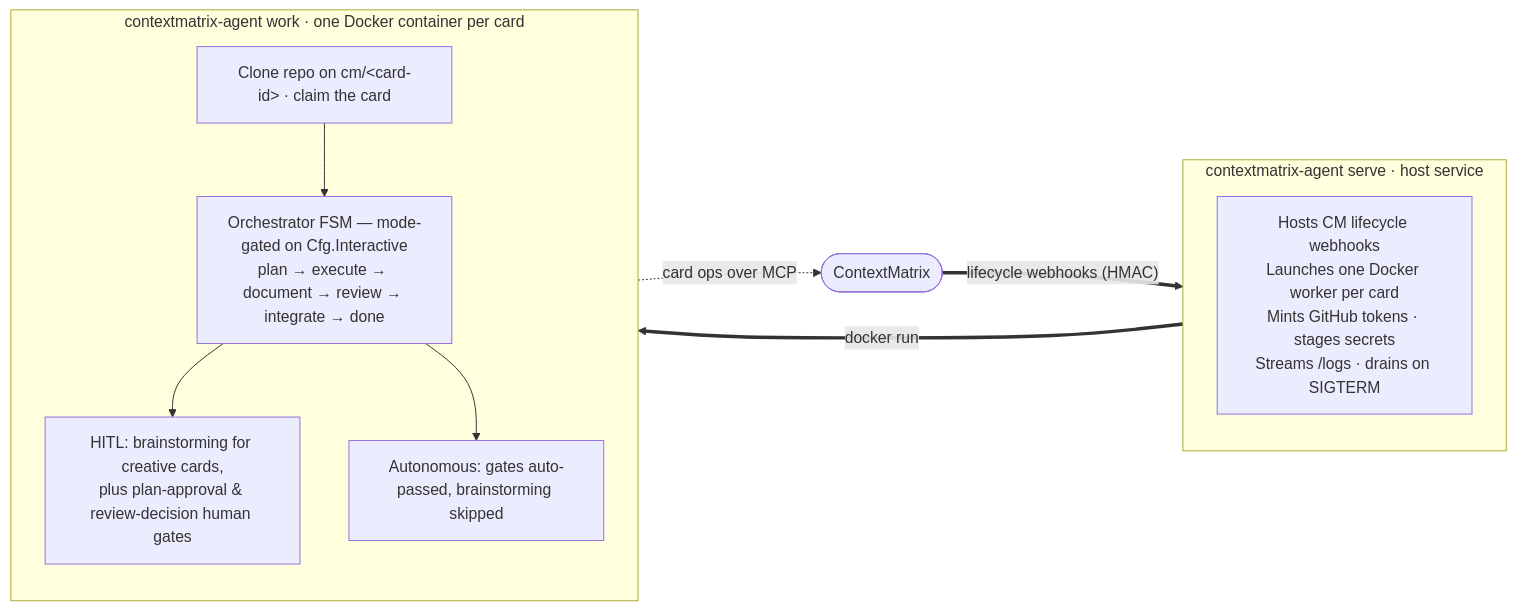
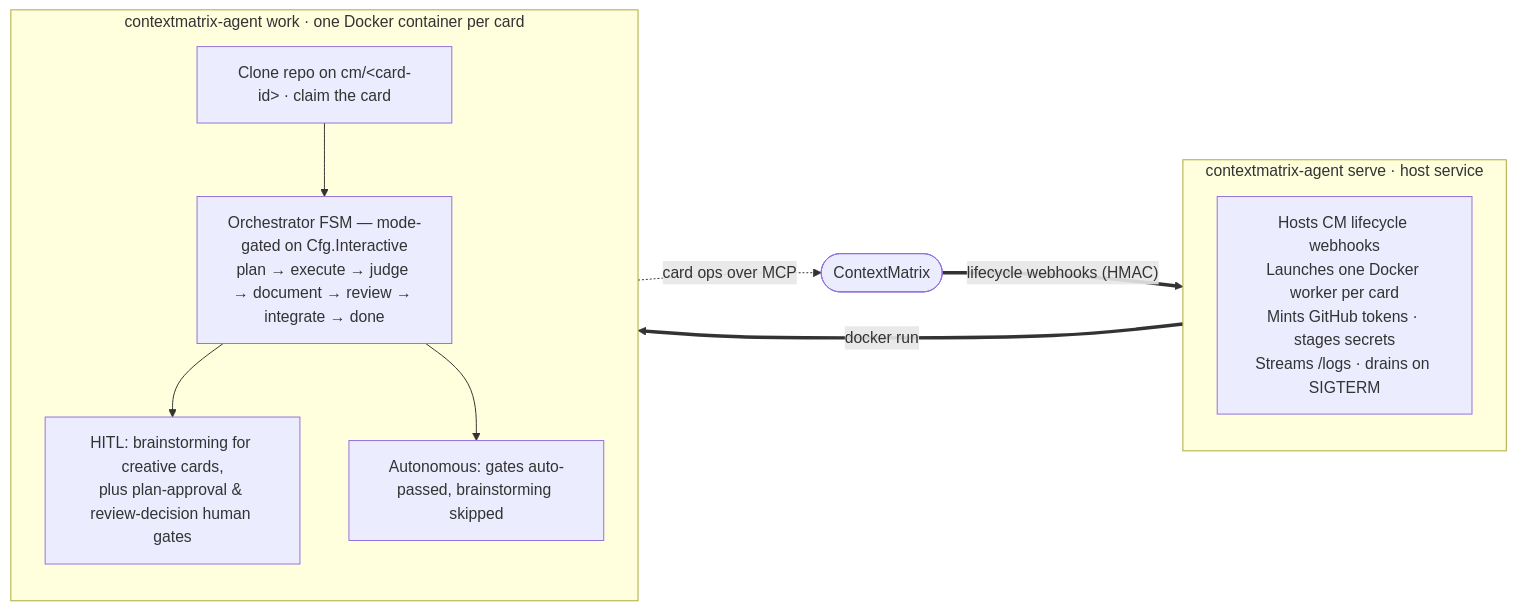
The diagram in README.md (mhersson/contextmatrix-agent), drawn with Mermaid before and after one commit. The commit also changed other lines of this file and 1 other file, not shown here.

````diff
--- a/README.md
+++ b/README.md
@@ -43,24 +43,24 @@
 ```mermaid
 flowchart LR
     CM(["ContextMatrix"])
 
     subgraph serve["contextmatrix-agent serve · host service"]
         direction TB
         S["Hosts CM lifecycle webhooks<br/>Launches one Docker worker per card<br/>Mints GitHub tokens · stages secrets<br/>Streams /logs · drains on SIGTERM"]
     end
 
     subgraph work["contextmatrix-agent work · one Docker container per card"]
         direction TB
         W["Clone repo on cm/&lt;card-id&gt; · claim the card"]
-        FSM["Orchestrator FSM — mode-gated on Cfg.Interactive<br/>plan → execute → document → review → integrate → done"]
+        FSM["Orchestrator FSM — mode-gated on Cfg.Interactive<br/>plan → execute → judge → document → review → integrate → done"]
         HITL["HITL: brainstorming for creative cards,<br/>plus plan-approval &amp; review-decision human gates"]
         AUTO["Autonomous: gates auto-passed, brainstorming skipped"]
         W --> FSM
         FSM --> HITL
         FSM --> AUTO
     end
 
     CM ==>|"lifecycle webhooks (HMAC)"| S
     S ==>|"docker run"| W
     W -.->|"card ops over MCP"| CM
 ```
````
